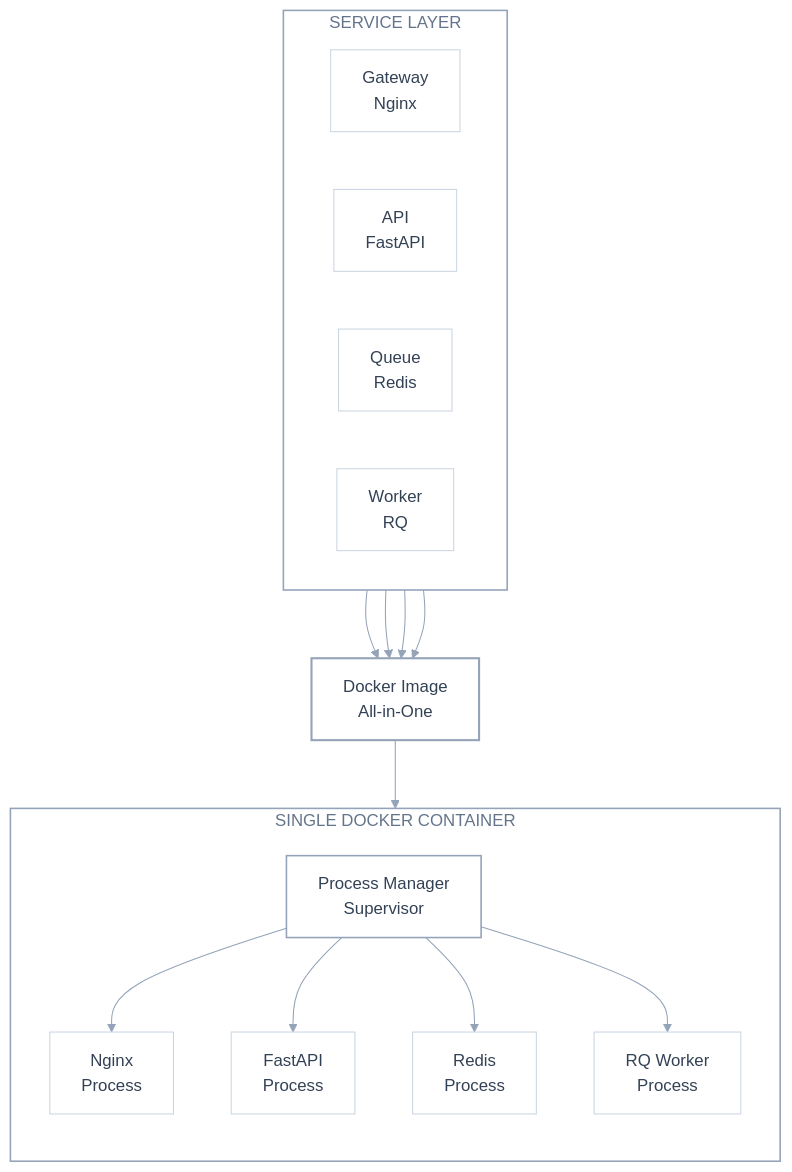
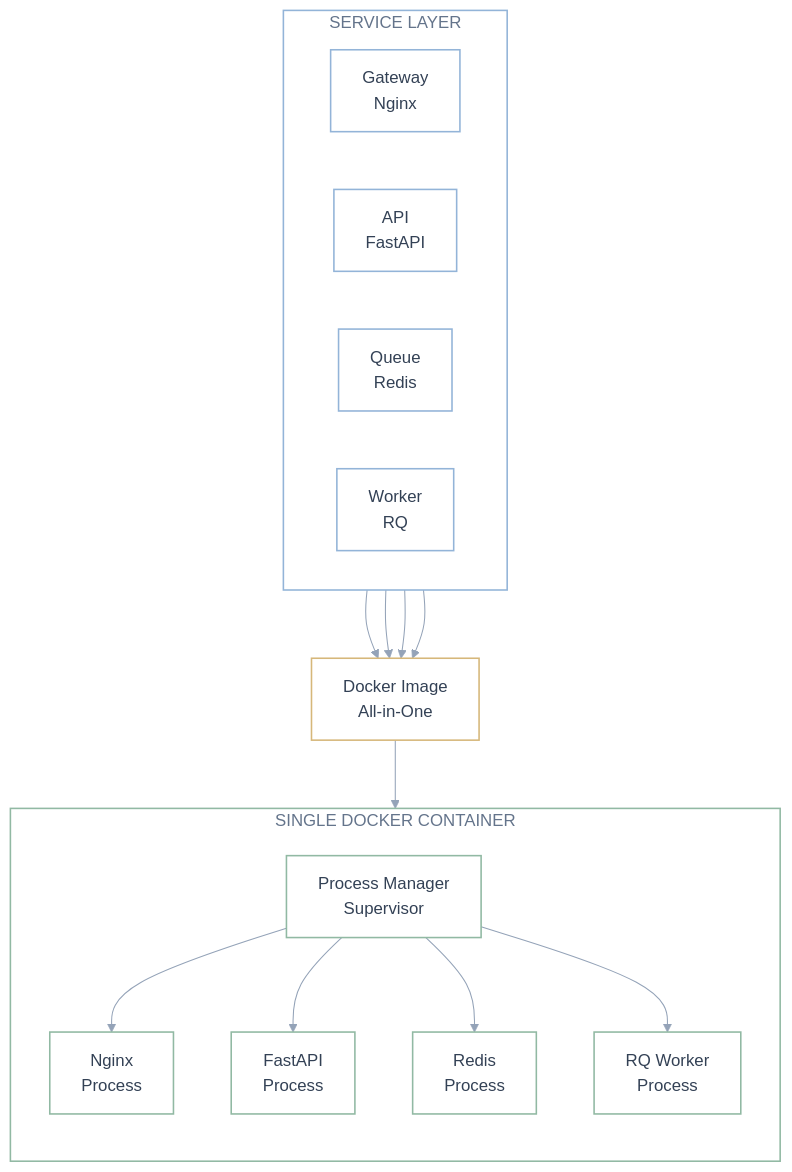
Before and after one commit to TranKiet146/docflow_SOA_Seminar: the second of 3 diagrams in README.md, drawn with Mermaid. The commit also changed other lines of this file, not shown here.

Commit message:
add color diagram

````diff
--- a/README.md
+++ b/README.md
@@ -415,43 +415,45 @@
 ```mermaid
 %%{init: {"theme": "base", "themeVariables": {"fontFamily": "Arial", "fontSize": "16px", "primaryTextColor": "#334155", "lineColor": "#94A3B8"}, "flowchart": {"htmlLabels": true, "nodeSpacing": 55, "rankSpacing": 65, "useMaxWidth": true}}}%%
 flowchart TB
     subgraph SL["SERVICE LAYER"]
         direction LR
         S1["Gateway<br/>Nginx"]
         S2["API<br/>FastAPI"]
         S3["Queue<br/>Redis"]
         S4["Worker<br/>RQ"]
     end
 
     IMG["Docker Image<br/>All-in-One"]
 
     subgraph CL["SINGLE DOCKER CONTAINER"]
         direction TB
         PM["Process Manager<br/>Supervisor"]
         P1["Nginx<br/>Process"]
         P2["FastAPI<br/>Process"]
         P3["Redis<br/>Process"]
         P4["RQ Worker<br/>Process"]
 
         PM --> P1
         PM --> P2
         PM --> P3
         PM --> P4
     end
 
     S1 --> IMG
     S2 --> IMG
     S3 --> IMG
     S4 --> IMG
     IMG --> PM
 
-    classDef default fill:#FFFFFF,stroke:#CBD5E1,stroke-width:1px,color:#334155
-    classDef image fill:#FFFFFF,stroke:#94A3B8,stroke-width:2px,color:#334155
-    classDef manager fill:#FFFFFF,stroke:#94A3B8,stroke-width:1.5px,color:#334155
+    classDef default fill:transparent,stroke:#CBD5E1,stroke-width:1px,color:#334155
+    classDef service fill:transparent,stroke:#93B4D8,stroke-width:1.5px,color:#334155
+    classDef image fill:transparent,stroke:#D6B77A,stroke-width:1.5px,color:#334155
+    classDef process fill:transparent,stroke:#91B9A3,stroke-width:1.5px,color:#334155
 
+    class S1,S2,S3,S4 service
     class IMG image
-    class PM manager
+    class PM,P1,P2,P3,P4 process
 
-    style SL fill:transparent,stroke:#94A3B8,stroke-width:1.5px,color:#64748B
-    style CL fill:transparent,stroke:#94A3B8,stroke-width:1.5px,color:#64748B
+    style SL fill:transparent,stroke:#93B4D8,stroke-width:1.5px,color:#64748B
+    style CL fill:transparent,stroke:#91B9A3,stroke-width:1.5px,color:#64748B
 ```
````
